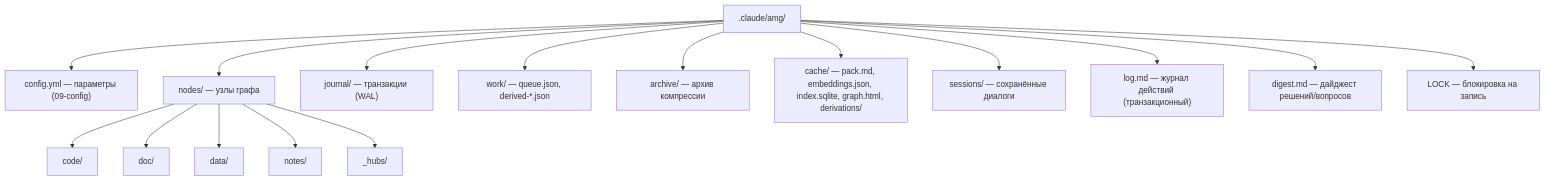
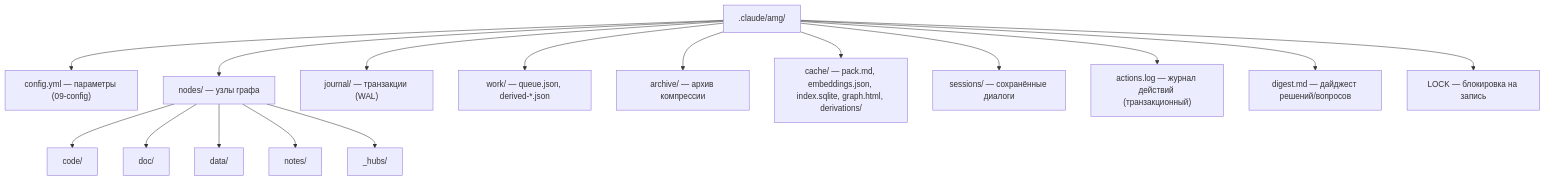
One commit to Kvazar123/llm-amg changed the second of 2 diagrams in docs/ru/architecture/02-data-model.md. Above: the diagram before and after it, drawn with Mermaid. The commit also changed other lines of this file and 22 other files, not shown here.

First line of the commit message:
fix(store): flat actions.log audit trail; prompt-audit drifts; README front page

````diff
--- a/docs/ru/architecture/02-data-model.md
+++ b/docs/ru/architecture/02-data-model.md
@@ -219,18 +219,18 @@
 ```mermaid
 flowchart TD
     R[".claude/amg/"] --> CFG["config.yml — параметры (09-config)"]
     R --> N["nodes/ — узлы графа"]
     R --> J["journal/ — транзакции (WAL)"]
     R --> W["work/ — queue.json, derived-*.json"]
     R --> A["archive/ — архив компрессии"]
     R --> CA["cache/ — pack.md, embeddings.json, index.sqlite, graph.html, derivations/"]
     R --> SE["sessions/ — сохранённые диалоги"]
-    R --> LG["log.md — журнал действий (транзакционный)"]
+    R --> LG["actions.log — журнал действий (транзакционный)"]
     R --> DG["digest.md — дайджест решений/вопросов"]
     R --> L["LOCK — блокировка на запись"]
     N --> NC["code/"]
     N --> ND["doc/"]
     N --> NA["data/"]
     N --> NN["notes/"]
     N --> NH["_hubs/"]
 ```
````
